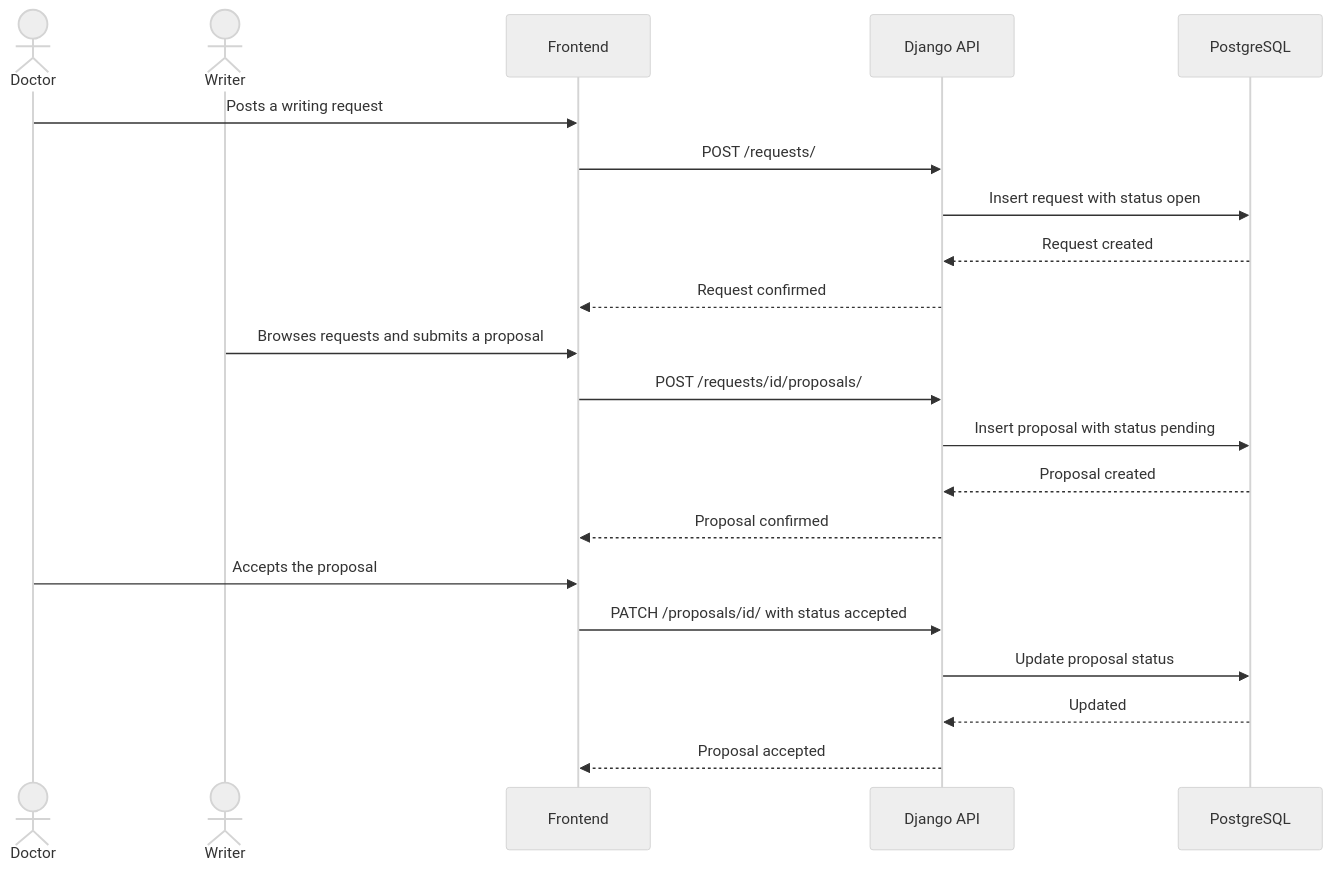
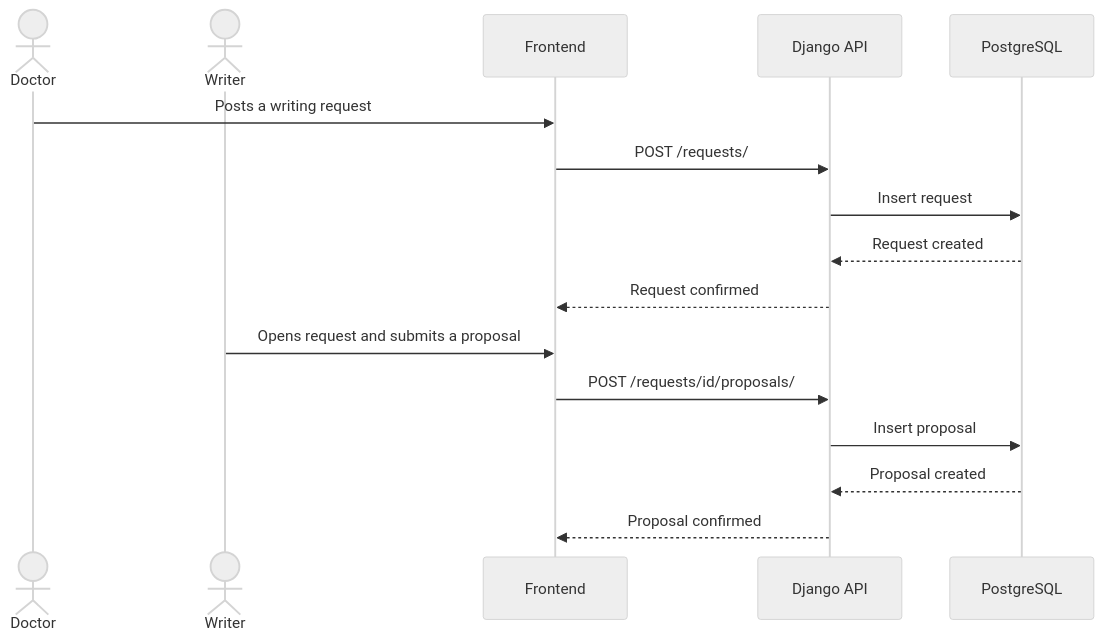
Before and after one commit to victormonnot/Kessia: the fifth of 5 diagrams in Technical Documentation (Stage 3).md, drawn with Mermaid (neutral theme).

Commit message:
fix: Simplified Sequence diagram of Doctors offers

````diff
--- a/Technical Documentation (Stage 3).md
+++ b/Technical Documentation (Stage 3).md
@@ -463,26 +463,20 @@
 ```mermaid
 sequenceDiagram
     actor Doctor
     actor Writer
     participant FE as Frontend
     participant BE as Django API
     participant DB as PostgreSQL
 
     Doctor->>FE: Posts a writing request
     FE->>BE: POST /requests/
-    BE->>DB: Insert request with status open
+    BE->>DB: Insert request
     DB-->>BE: Request created
     BE-->>FE: Request confirmed
 
-    Writer->>FE: Browses requests and submits a proposal
+    Writer->>FE: Opens request and submits a proposal
     FE->>BE: POST /requests/id/proposals/
-    BE->>DB: Insert proposal with status pending
+    BE->>DB: Insert proposal
     DB-->>BE: Proposal created
     BE-->>FE: Proposal confirmed
-
-    Doctor->>FE: Accepts the proposal
-    FE->>BE: PATCH /proposals/id/ with status accepted
-    BE->>DB: Update proposal status
-    DB-->>BE: Updated
-    BE-->>FE: Proposal accepted
 ```
````
